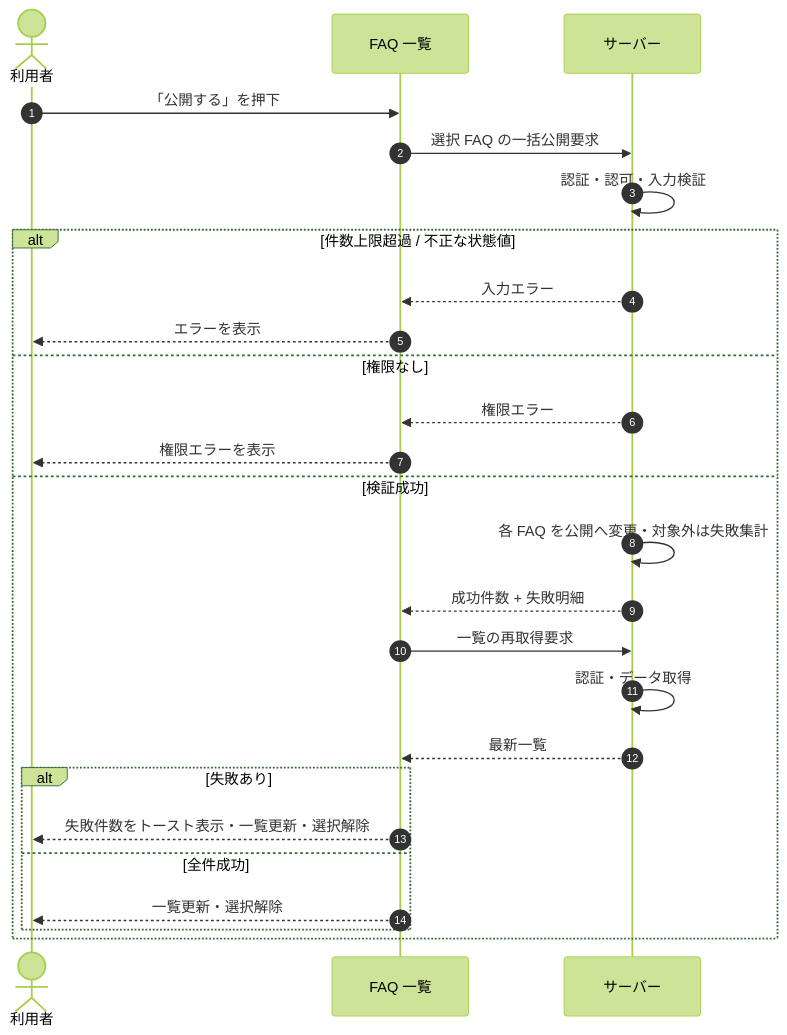
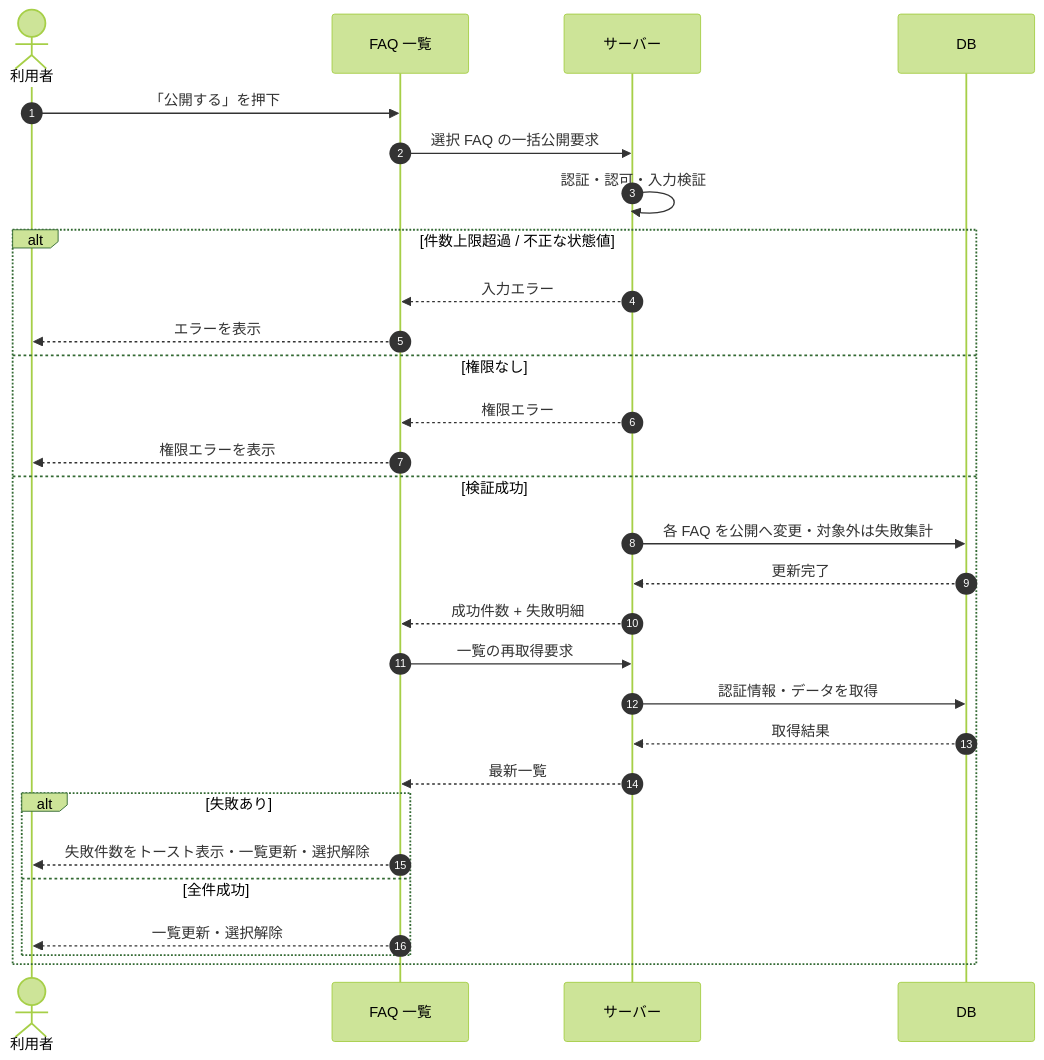
The diagram in 02_basic_design/03_sequences/SEQ-028.md (sikakou54/open-faq), drawn with Mermaid (forest theme) before and after one commit. The commit also changed other lines of this file and 122 other files, not shown here.

First line of the commit message:
シーケンス図に DB アクターを追加(DB 操作をサーバー自己メッセージから分離)

````diff
--- a/02_basic_design/03_sequences/SEQ-028.md
+++ b/02_basic_design/03_sequences/SEQ-028.md
@@ -26,28 +26,31 @@
 ```mermaid
 sequenceDiagram
   autonumber
   actor U as 利用者
   participant Screen as FAQ 一覧
   participant Server as サーバー
+  participant DB as DB
   U->>Screen: 「公開する」を押下
   Screen->>Server: 選択 FAQ の一括公開要求
   Server->>Server: 認証・認可・入力検証
   alt 件数上限超過 / 不正な状態値
     Server-->>Screen: 入力エラー
     Screen-->>U: エラーを表示
   else 権限なし
     Server-->>Screen: 権限エラー
     Screen-->>U: 権限エラーを表示
   else 検証成功
-    Server->>Server: 各 FAQ を公開へ変更・対象外は失敗集計
+    Server->>DB: 各 FAQ を公開へ変更・対象外は失敗集計
+    DB-->>Server: 更新完了
     Server-->>Screen: 成功件数 + 失敗明細
     Screen->>Server: 一覧の再取得要求
-    Server->>Server: 認証・データ取得
+    Server->>DB: 認証情報・データを取得
+    DB-->>Server: 取得結果
     Server-->>Screen: 最新一覧
     alt 失敗あり
       Screen-->>U: 失敗件数をトースト表示・一覧更新・選択解除
     else 全件成功
       Screen-->>U: 一覧更新・選択解除
     end
   end
 ```
````
